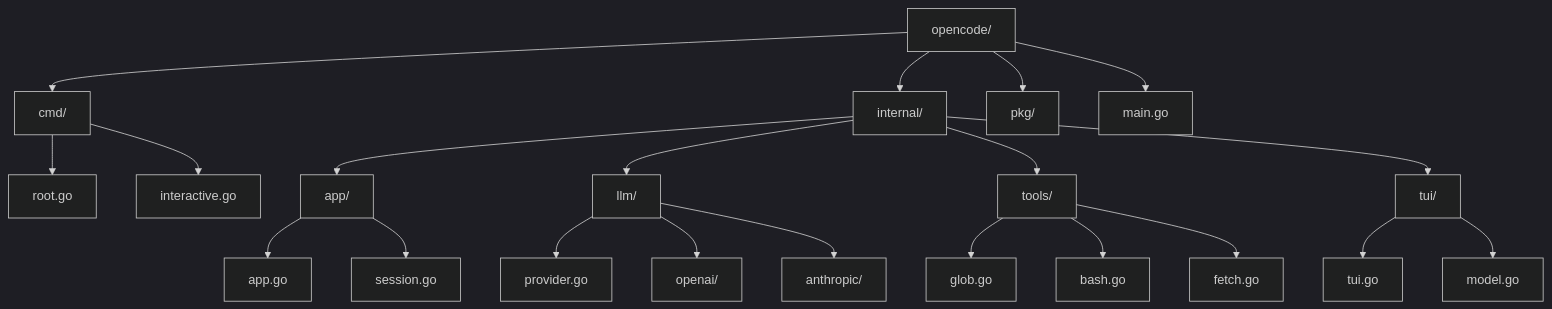
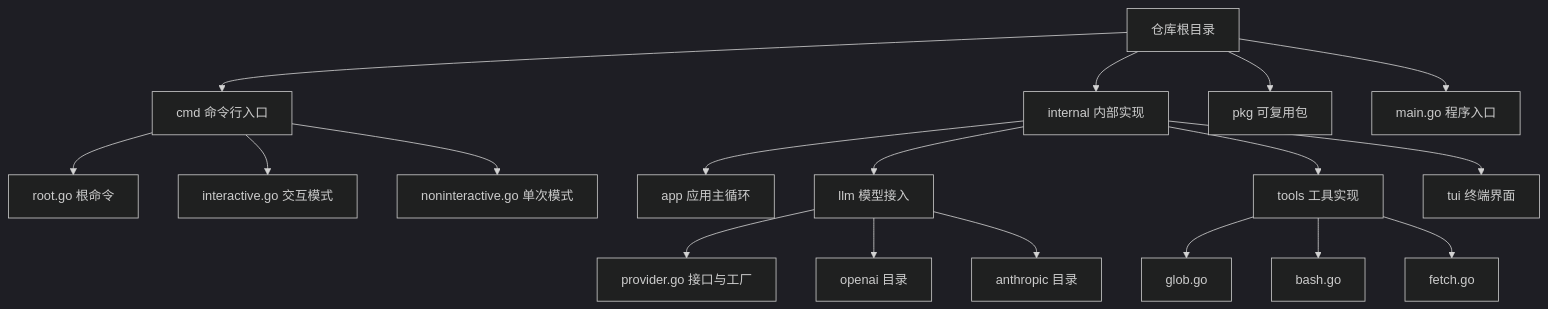
The fifth of 13 diagrams in docs/agent/case-studies/opencode-analysis.md (Shyu-x/frontend-interview), drawn with Mermaid (dark theme) before and after one commit. The commit also changed other lines of this file and 58 other files, not shown here.

````diff
--- a/docs/agent/case-studies/opencode-analysis.md
+++ b/docs/agent/case-studies/opencode-analysis.md
@@ -252,24 +679,21 @@
 ```mermaid
-graph TD
-    opencode["opencode/"]
-    opencode --> cmd["cmd/"]
-    cmd --> root["root.go"]
-    cmd --> interactive["interactive.go"]
-    opencode --> internal["internal/"]
-    internal --> app["app/"]
-    app --> app_go["app.go"]
-    app --> session["session.go"]
-    internal --> llm["llm/"]
-    llm --> provider["provider.go"]
-    llm --> openai["openai/"]
-    llm --> anthropic["anthropic/"]
-    internal --> tools["tools/"]
-    tools --> glob["glob.go"]
-    tools --> bash["bash.go"]
-    tools --> fetch["fetch.go"]
-    internal --> tui["tui/"]
-    tui --> tui_go["tui.go"]
-    tui --> model["model.go"]
-    opencode --> pkg["pkg/"]
-    opencode --> main["main.go"]
+flowchart TD
+    ROOT["仓库根目录"]
+    ROOT --> CMD["cmd 命令行入口"]
+    ROOT --> INTERNAL["internal 内部实现"]
+    ROOT --> PKG["pkg 可复用包"]
+    ROOT --> MAIN["main.go 程序入口"]
+    CMD --> C1["root.go 根命令"]
+    CMD --> C2["interactive.go 交互模式"]
+    CMD --> C3["noninteractive.go 单次模式"]
+    INTERNAL --> A["app 应用主循环"]
+    INTERNAL --> L["llm 模型接入"]
+    INTERNAL --> T["tools 工具实现"]
+    INTERNAL --> U["tui 终端界面"]
+    L --> L1["provider.go 接口与工厂"]
+    L --> L2["openai 目录"]
+    L --> L3["anthropic 目录"]
+    T --> T1["glob.go"]
+    T --> T2["bash.go"]
+    T --> T3["fetch.go"]
 ```
````
